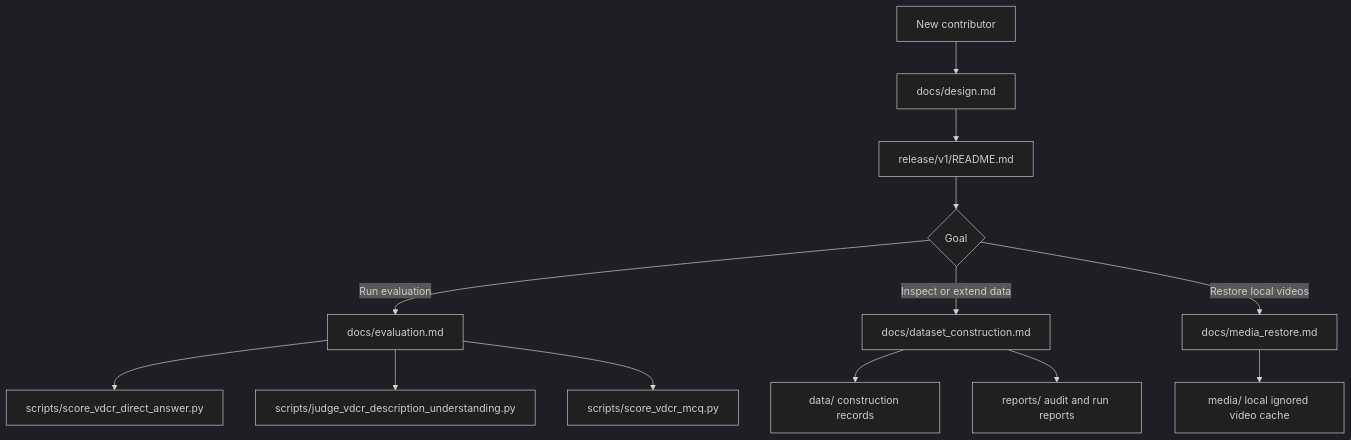
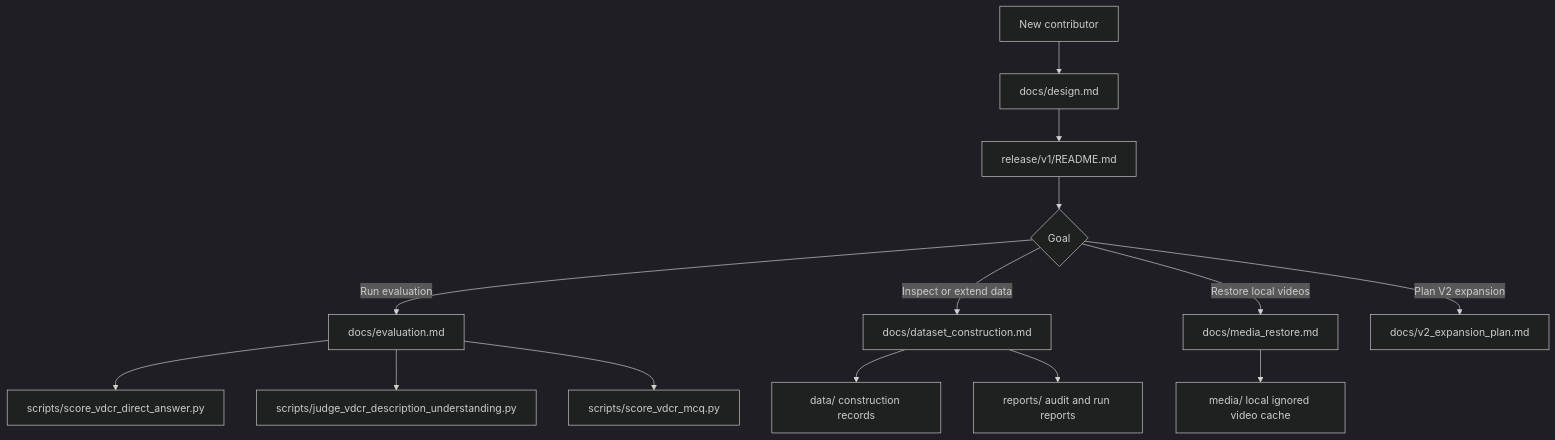
Before and after one commit to shufangxun/dynaknow_video: the diagram in README.md, drawn with Mermaid (dark theme). The commit also changed other lines of this file and 7 other files, not shown here.

Commit message:
docs: plan vdcr v2 expansion

````diff
--- a/README.md
+++ b/README.md
@@ -37,15 +39,16 @@
 ```mermaid
 flowchart TD
     A[New contributor] --> B[docs/design.md]
     B --> C[release/v1/README.md]
     C --> D{Goal}
     D -->|Run evaluation| E[docs/evaluation.md]
     D -->|Inspect or extend data| F[docs/dataset_construction.md]
     D -->|Restore local videos| G[docs/media_restore.md]
+    D -->|Plan V2 expansion| N[docs/v2_expansion_plan.md]
     F --> H[data/ construction records]
     F --> I[reports/ audit and run reports]
     E --> J[scripts/score_vdcr_direct_answer.py]
     E --> K[scripts/judge_vdcr_description_understanding.py]
     E --> L[scripts/score_vdcr_mcq.py]
     G --> M[media/ local ignored video cache]
 ```
````
